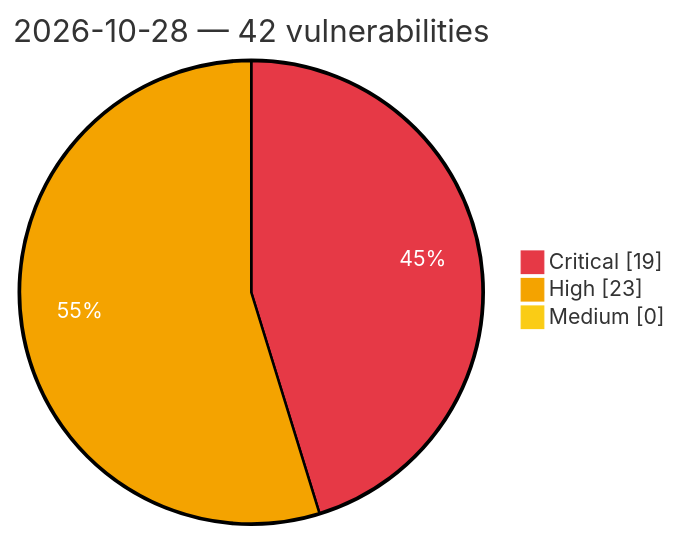
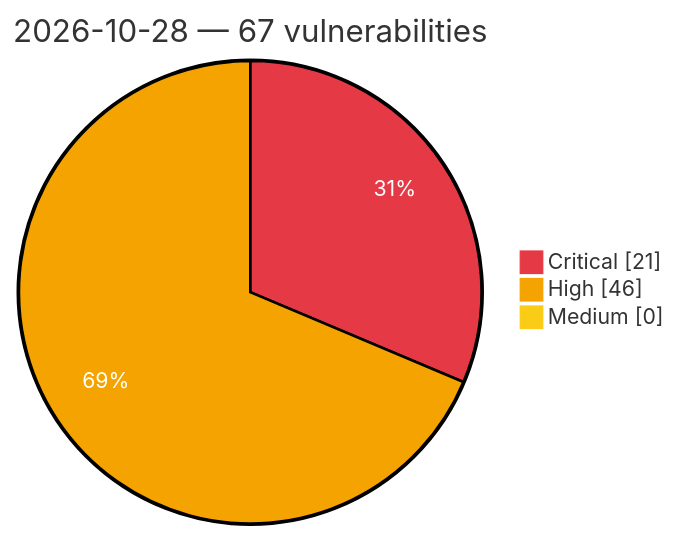
Before and after one commit to GhostX0X/vuln-tracker: the diagram in vulnerabilities/2026/October/2026-10-28.md, drawn with Mermaid. The commit also changed other lines of this file and 5 other files, not shown here.

Commit message:
Auto update: critical/high vulns (2026-10-28 19:44 UTC)

````diff
--- a/vulnerabilities/2026/October/2026-10-28.md
+++ b/vulnerabilities/2026/October/2026-10-28.md
@@ -3,8 +3,8 @@
 ```mermaid
 %%{init: {'theme':'base', 'themeVariables': {'pie1':'#e63946', 'pie2':'#f4a300', 'pie3':'#facc15', 'pieOpacity':'1', 'pieOuterStrokeWidth':'2px', 'pieSectionTextColor':'#ffffff'}}}%%
 pie showData
-    title 2026-10-28 — 42 vulnerabilities
-    "Critical" : 19
-    "High" : 23
+    title 2026-10-28 — 67 vulnerabilities
+    "Critical" : 21
+    "High" : 46
     "Medium" : 0
 ```
````
